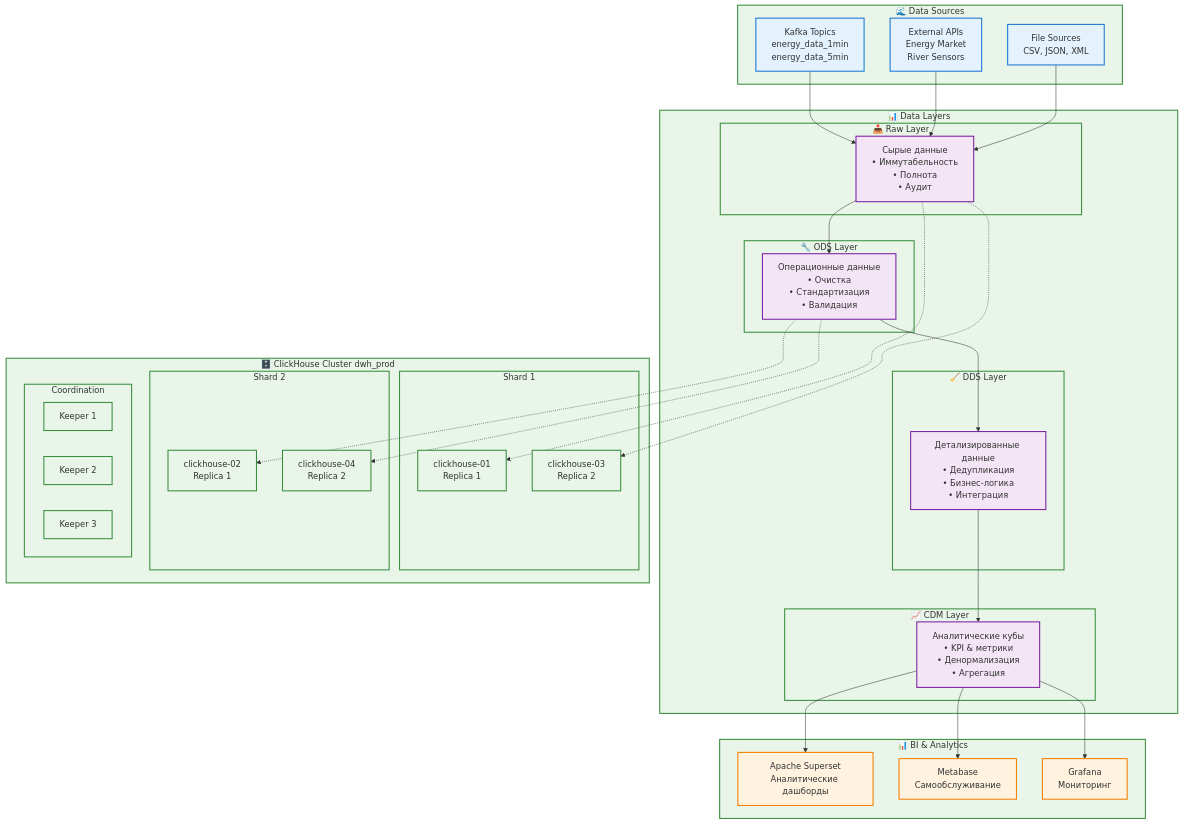
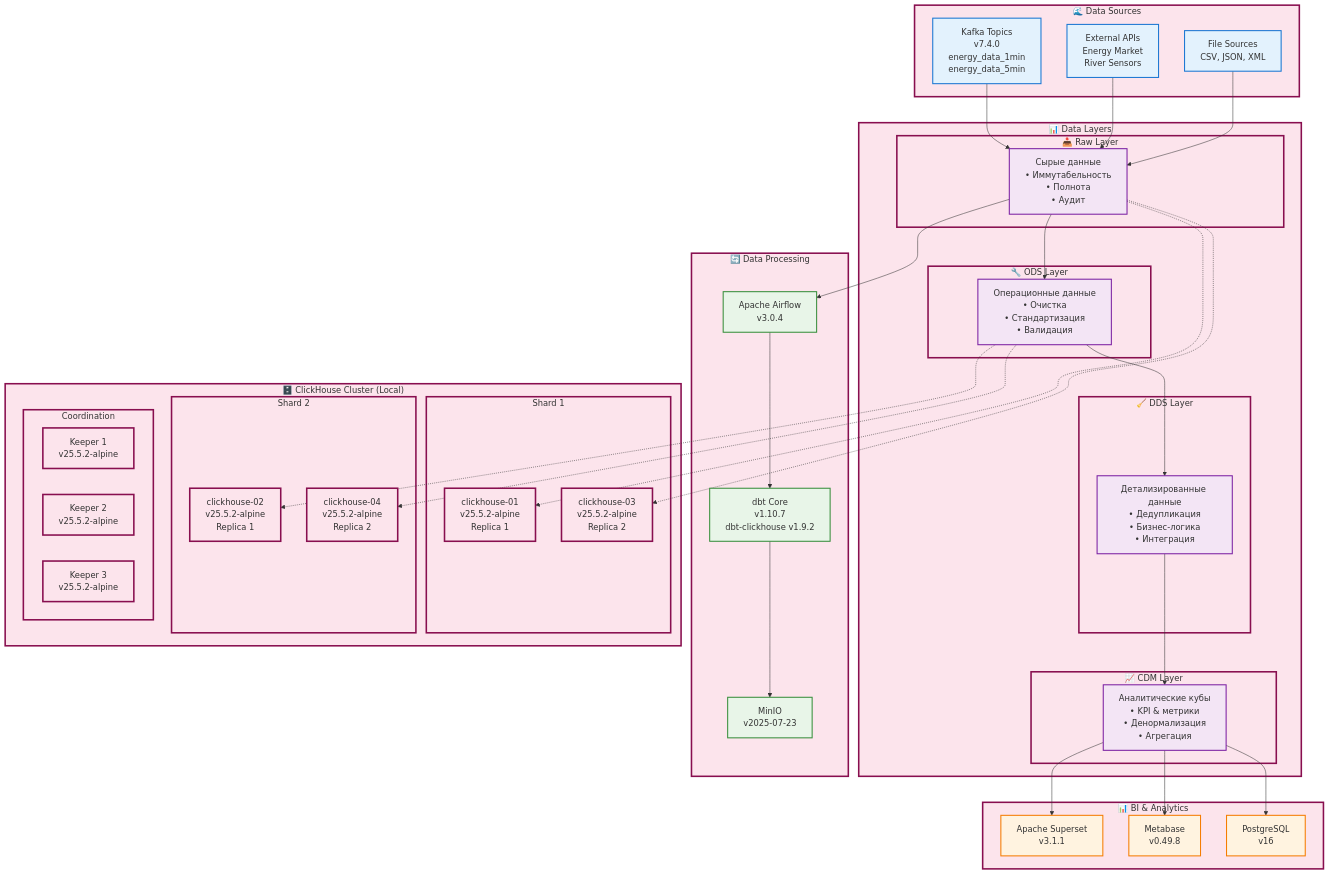
The first of 2 diagrams in README.md (principalwater/clickhouse-energyhub), drawn with Mermaid before and after one commit. The commit also changed other lines of this file and 7 other files, not shown here.

````diff
--- a/README.md
+++ b/README.md
@@ -31,7 +31,7 @@
 graph TB
     %% Источники данных
     subgraph "🌊 Data Sources"
-        KAFKA[Kafka Topics<br/>energy_data_1min<br/>energy_data_5min]
+        KAFKA[Kafka Topics<br/>v7.4.0<br/>energy_data_1min<br/>energy_data_5min]
         API[External APIs<br/>Energy Market<br/>River Sensors]
         FILES[File Sources<br/>CSV, JSON, XML]
     end
@@ -55,28 +55,35 @@
         end
     end
     
+    %% Инструменты обработки
+    subgraph "🔄 Data Processing"
+        AIRFLOW[Apache Airflow<br/>v3.0.4]
+        DBT[dbt Core<br/>v1.10.7<br/>dbt-clickhouse v1.9.2]
+        MINIO[MinIO<br/>v2025-07-23]
+    end
+    
     %% ClickHouse кластер
-    subgraph "🗄️ ClickHouse Cluster dwh_prod"
+    subgraph "🗄️ ClickHouse Cluster (Local)"
         subgraph "Shard 1"
-            CH1[clickhouse-01<br/>Replica 1]
-            CH3[clickhouse-03<br/>Replica 2]
+            CH1[clickhouse-01<br/>v25.5.2-alpine<br/>Replica 1]
+            CH3[clickhouse-03<br/>v25.5.2-alpine<br/>Replica 2]
         end
         subgraph "Shard 2"
-            CH2[clickhouse-02<br/>Replica 1]
-            CH4[clickhouse-04<br/>Replica 2]
+            CH2[clickhouse-02<br/>v25.5.2-alpine<br/>Replica 1]
+            CH4[clickhouse-04<br/>v25.5.2-alpine<br/>Replica 2]
         end
         subgraph "Coordination"
-            CHK1[Keeper 1]
-            CHK2[Keeper 2]
-            CHK3[Keeper 3]
+            CHK1[Keeper 1<br/>v25.5.2-alpine]
+            CHK2[Keeper 2<br/>v25.5.2-alpine]
+            CHK3[Keeper 3<br/>v25.5.2-alpine]
         end
     end
     
     %% BI инструменты
     subgraph "📊 BI & Analytics"
-        SUPERSET[Apache Superset<br/>Аналитические дашборды]
-        METABASE[Metabase<br/>Самообслуживание]
-        GRAFANA[Grafana<br/>Мониторинг]
+        SUPERSET[Apache Superset<br/>v3.1.1]
+        METABASE[Metabase<br/>v0.49.8]
+        POSTGRES[PostgreSQL<br/>v16]
     end
     
     %% Потоки данных
@@ -88,6 +95,11 @@
     ODS --> DDS
     DDS --> CDM
     
+    %% Обработка данных
+    RAW --> AIRFLOW
+    AIRFLOW --> DBT
+    DBT --> MINIO
+    
     %% ClickHouse кластер
     RAW -.-> CH1
     RAW -.-> CH3
@@ -97,16 +109,18 @@
     %% BI доступ
     CDM --> SUPERSET
     CDM --> METABASE
-    CDM --> GRAFANA
+    CDM --> POSTGRES
     
     %% Стили
     classDef source fill:#e3f2fd,stroke:#1976d2,stroke-width:2px
     classDef layer fill:#f3e5f5,stroke:#7b1fa2,stroke-width:2px
-    classDef cluster fill:#e8f5e8,stroke:#388e3c,stroke-width:2px
+    classDef processing fill:#e8f5e8,stroke:#388e3c,stroke-width:2px
+    classDef cluster fill:#fce4ec,stroke:#880e4f,stroke-width:3px
     classDef bi fill:#fff3e0,stroke:#f57c00,stroke-width:2px
     
     class KAFKA,API,FILES source
     class RAW,ODS,DDS,CDM layer
+    class AIRFLOW,DBT,MINIO processing
     class CH1,CH2,CH3,CH4,CHK1,CHK2,CHK3 cluster
-    class SUPERSET,METABASE,GRAFANA bi
+    class SUPERSET,METABASE,POSTGRES bi
 ```
````
